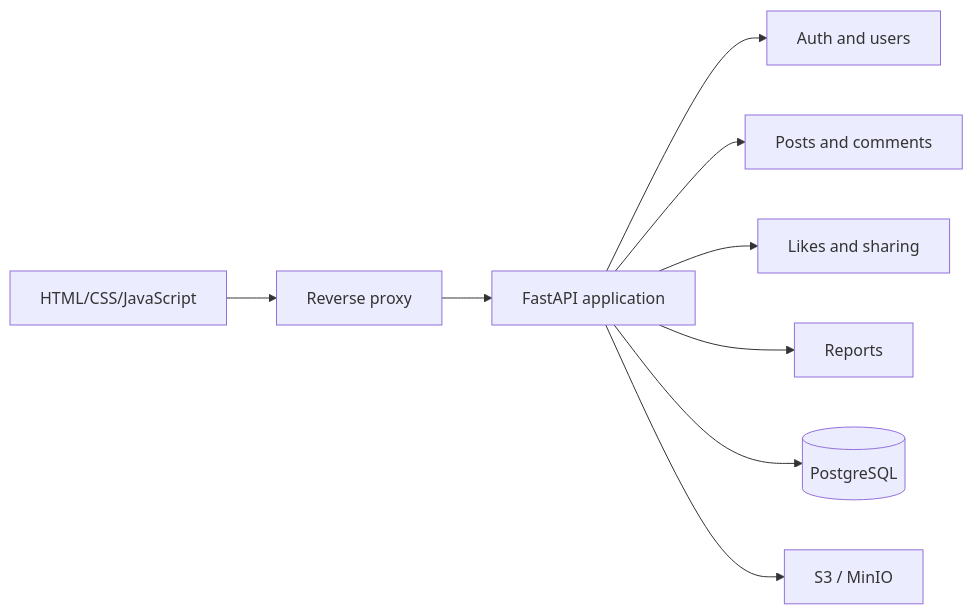
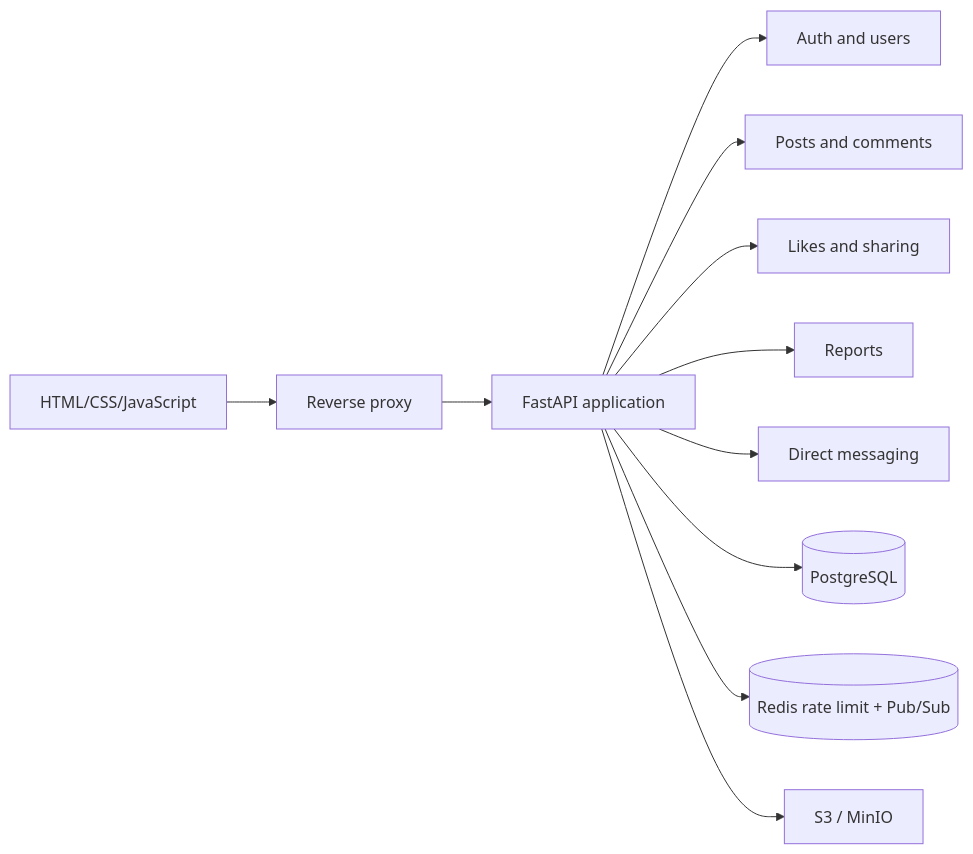
The first of 2 diagrams in docs/architecture.md (Kene33/simple-blog), drawn with Mermaid before and after one commit. The commit also changed other lines of this file and 2 other files, not shown here.

Commit message:
test(messaging): verify cross-instance delivery

````diff
--- a/docs/architecture.md
+++ b/docs/architecture.md
@@ -9,11 +9,13 @@
 ```mermaid
 flowchart LR
     Browser["HTML/CSS/JavaScript"] --> Proxy["Reverse proxy"]
     Proxy --> App["FastAPI application"]
     App --> Auth["Auth and users"]
     App --> Content["Posts and comments"]
     App --> Social["Likes and sharing"]
     App --> Moderation["Reports"]
+    App --> Messaging["Direct messaging"]
     App --> DB[("PostgreSQL")]
+    App --> Redis[("Redis rate limit + Pub/Sub")]
     App --> Objects["S3 / MinIO"]
 ```
````
